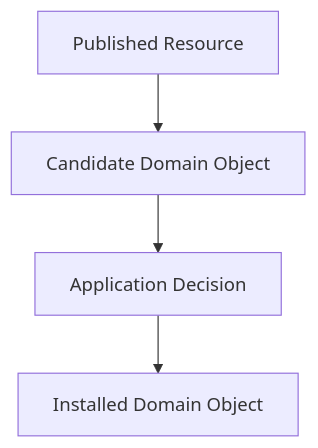
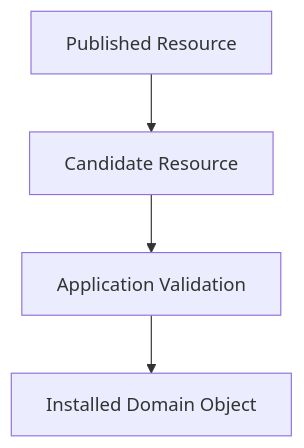
The diagram in docs/00_principles/004-local-authority.md (kjvonly/kjvonly.bible), drawn with Mermaid before and after one commit. The commit also changed other lines of this file, not shown here.

````diff
--- a/docs/00_principles/004-local-authority.md
+++ b/docs/00_principles/004-local-authority.md
@@ -60,17 +53,17 @@
 ```mermaid
 flowchart TD
 
     Published["Published Resource"]
 
-    Candidate["Candidate Domain Object"]
+    Candidate["Candidate Resource"]
 
-    Decision["Application Decision"]
+    Validation["Application Validation"]
 
     Installed["Installed Domain Object"]
 
     Published --> Candidate
 
-    Candidate --> Decision
+    Candidate --> Validation
 
-    Decision --> Installed
+    Validation --> Installed
 ```
````
